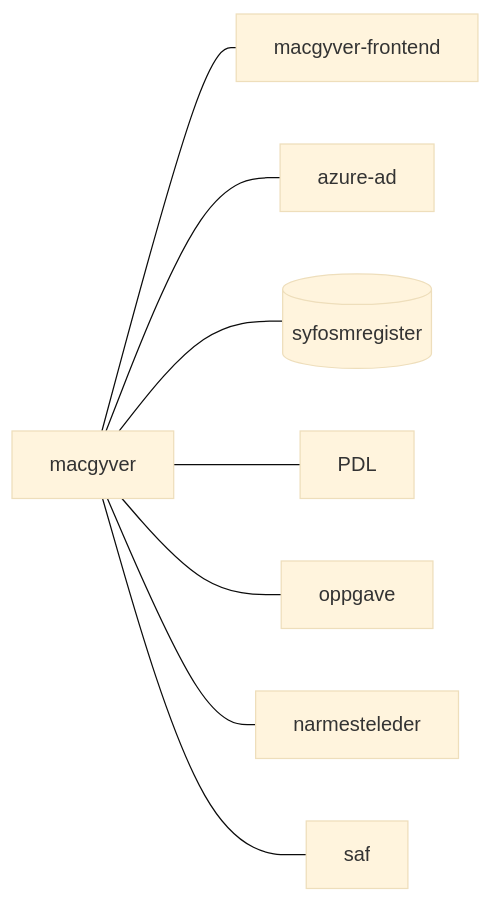
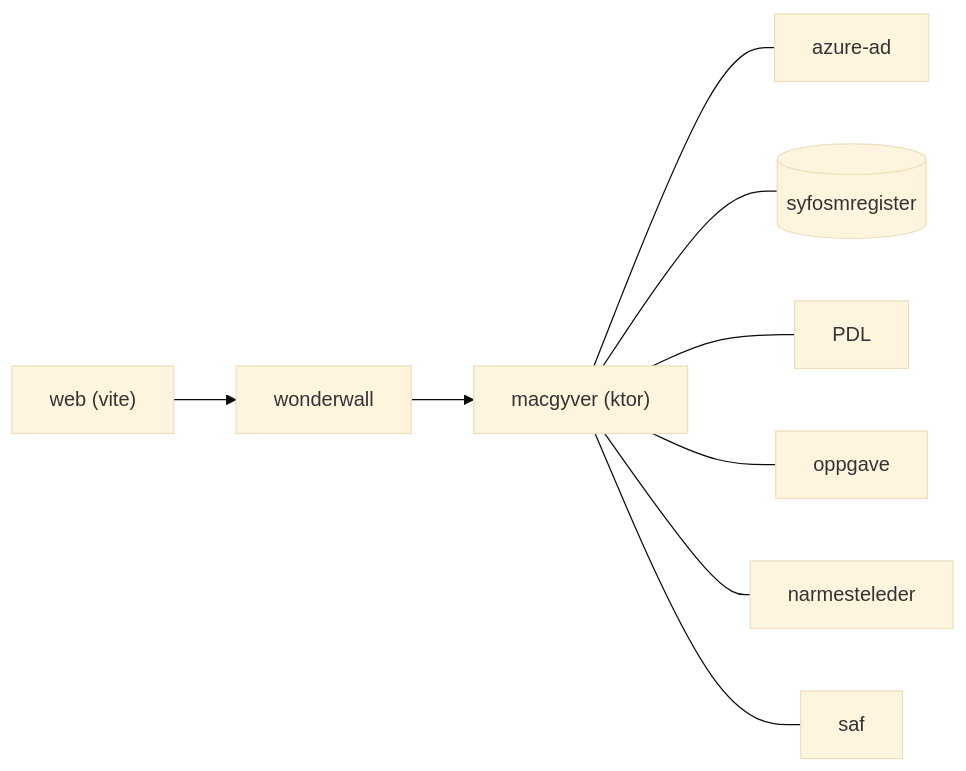
Before and after one commit to navikt/macgyver: the diagram in README.md, drawn with Mermaid (base theme). The commit also changed other lines of this file and 1 other file, not shown here.

````diff
--- a/README.md
+++ b/README.md
@@ -21,10 +31,11 @@
 ```mermaid
-  graph LR;
-      macgyver --- macgyver-frontend;
-      macgyver --- azure-ad;
-      macgyver --- id1[(syfosmregister)];
-      macgyver --- PDL;
-      macgyver --- oppgave;
-      macgyver --- narmesteleder;
-      macgyver --- saf;
+  graph LR
+;
+    web["web (vite)"] --> wonderwall --> macgyver["macgyver (ktor)"]
+    macgyver --- azure-ad;
+    macgyver --- id1[(syfosmregister)];
+    macgyver --- PDL;
+    macgyver --- oppgave;
+    macgyver --- narmesteleder;
+    macgyver --- saf;
 ```
````
